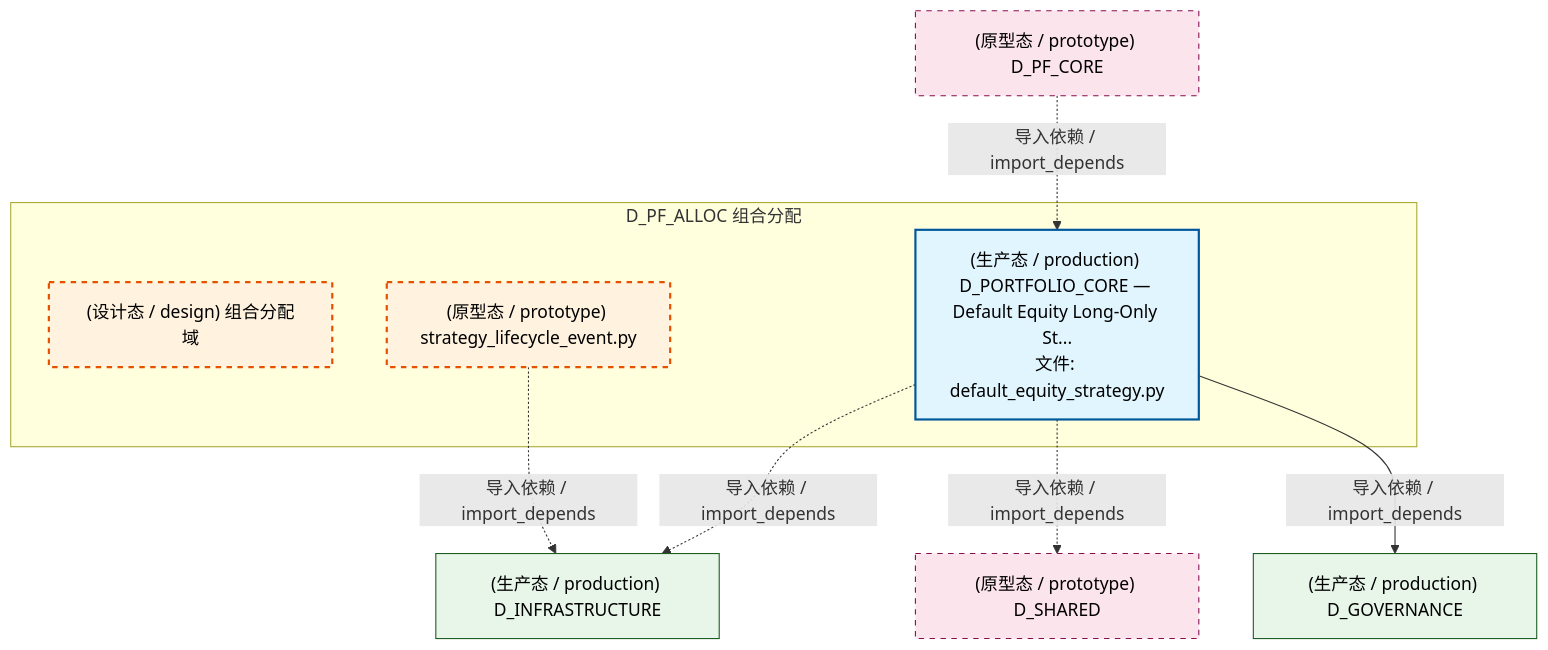
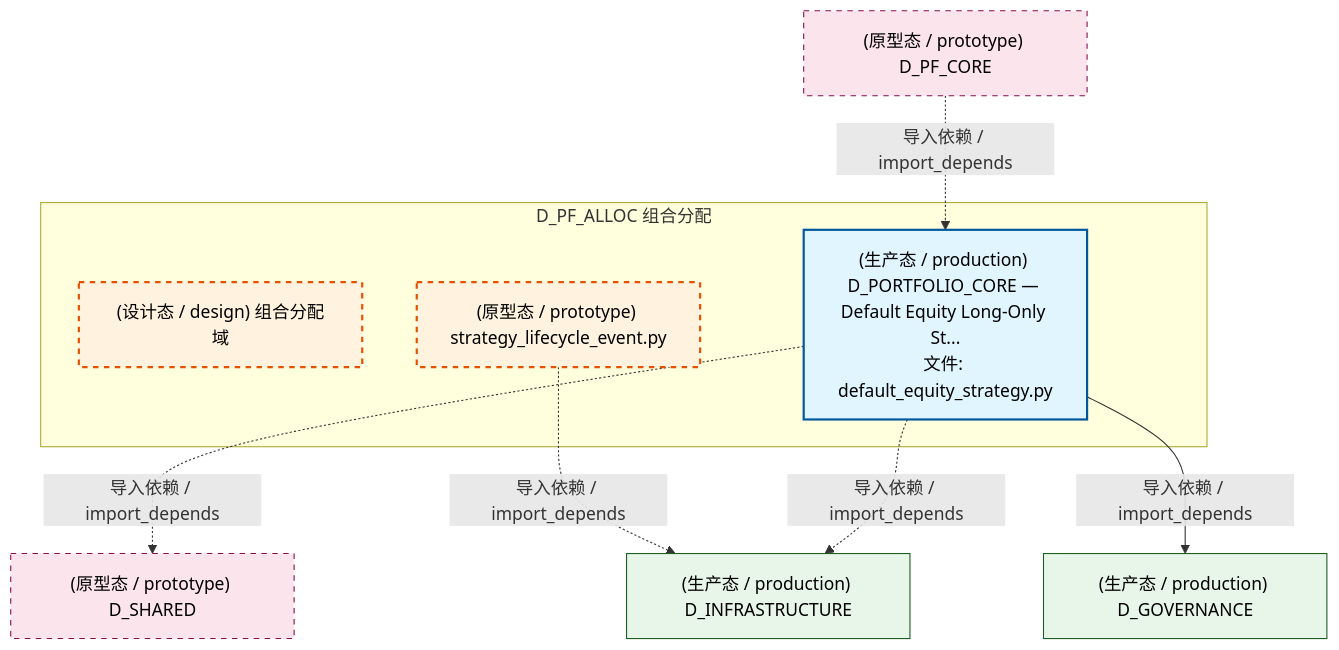
The first of 5 diagrams in docs/02_enterprise_architecture/02_domain_architecture_docs/51_d_pf_alloc.md (xuanFelixVan/ZephyrAlpha), drawn with Mermaid before and after one commit. The commit also changed other lines of this file and 125 other files, not shown here.

````diff
--- a/docs/02_enterprise_architecture/02_domain_architecture_docs/51_d_pf_alloc.md
+++ b/docs/02_enterprise_architecture/02_domain_architecture_docs/51_d_pf_alloc.md
@@ -70,25 +70,25 @@
 ```mermaid
 graph TD
     subgraph D_PF_ALLOC["D_PF_ALLOC 组合分配"]
         src_zephyr_pf_alloc["(设计态 / design) 组合分配域"]
         src_zephyr_pf_alloc_strategy_lifecycle_event_py["(原型态 / prototype) strategy_lifecycle_event.py"]
         src_zephyr_pf_core_default_equity_strategy_py["(生产态 / production) D_PORTFOLIO_CORE — Default Equity Long-Only St...<br/>文件: default_equity_strategy.py"]
     end
     D_INFRASTRUCTURE["(生产态 / production) D_INFRASTRUCTURE"]
     src_zephyr_pf_alloc_strategy_lifecycle_event_py -.->|导入依赖 / import_depends| D_INFRASTRUCTURE
-    src_zephyr_pf_core_default_equity_strategy_py -.->|导入依赖 / import_depends| D_INFRASTRUCTURE
     D_SHARED["(原型态 / prototype) D_SHARED"]
     src_zephyr_pf_core_default_equity_strategy_py -.->|导入依赖 / import_depends| D_SHARED
+    src_zephyr_pf_core_default_equity_strategy_py -.->|导入依赖 / import_depends| D_INFRASTRUCTURE
     D_GOVERNANCE["(生产态 / production) D_GOVERNANCE"]
     src_zephyr_pf_core_default_equity_strategy_py -->|导入依赖 / import_depends| D_GOVERNANCE
     D_PF_CORE["(原型态 / prototype) D_PF_CORE"]
     D_PF_CORE -.->|导入依赖 / import_depends| src_zephyr_pf_core_default_equity_strategy_py
     classDef production fill:#e1f5fe,stroke:#01579b,stroke-width:2px,color:#000
     classDef design fill:#fff3e0,stroke:#e65100,stroke-width:2px,color:#000,stroke-dasharray: 5 5
     classDef external_prod fill:#e8f5e9,stroke:#1b5e20,stroke-width:1px,color:#000
     classDef external_design fill:#fce4ec,stroke:#880e4f,stroke-width:1px,color:#000,stroke-dasharray: 5 5
     class src_zephyr_pf_core_default_equity_strategy_py production
     class src_zephyr_pf_alloc,src_zephyr_pf_alloc_strategy_lifecycle_event_py design
     class D_INFRASTRUCTURE,D_GOVERNANCE external_prod
     class D_SHARED,D_PF_CORE external_design
 ```
````
